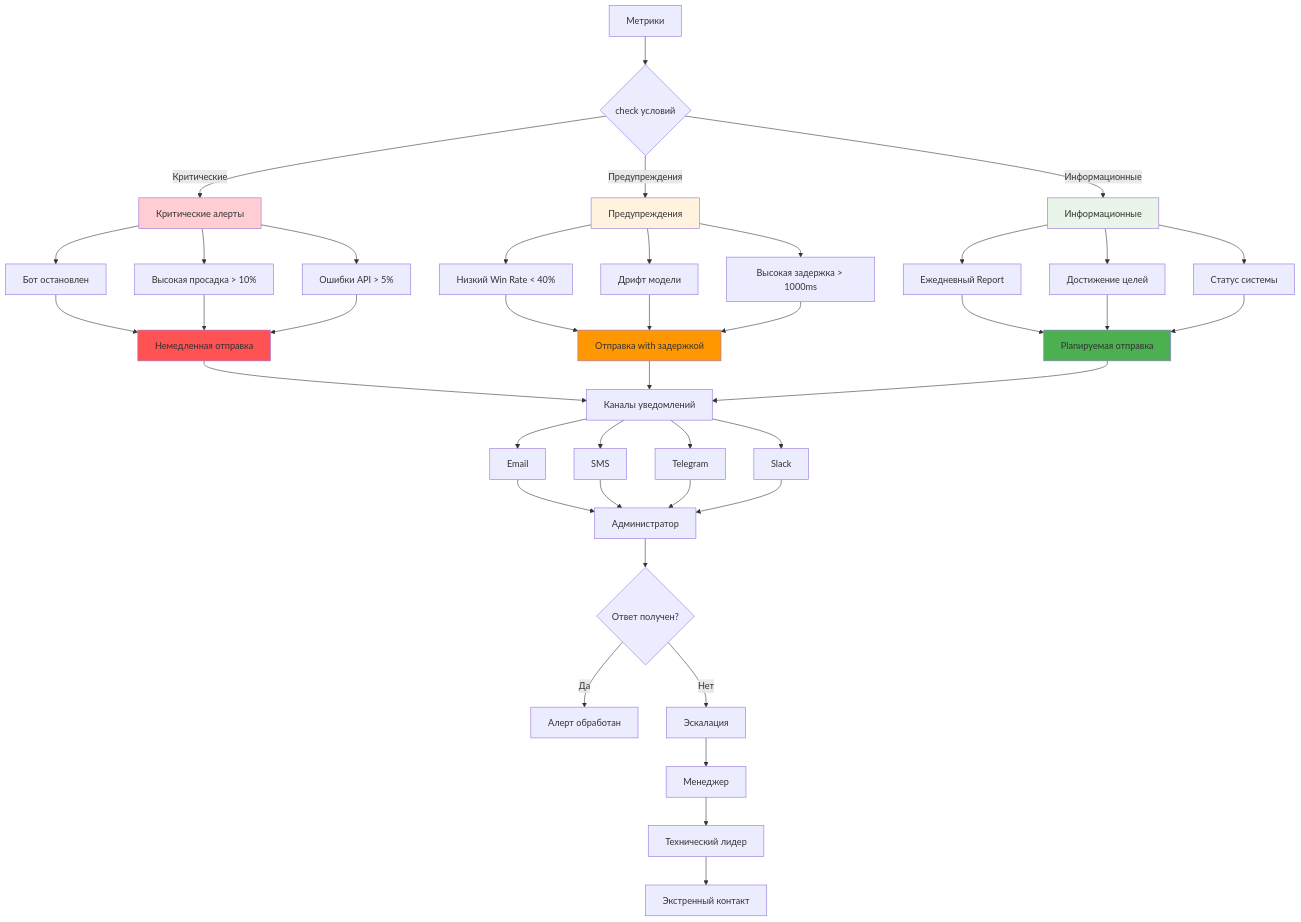
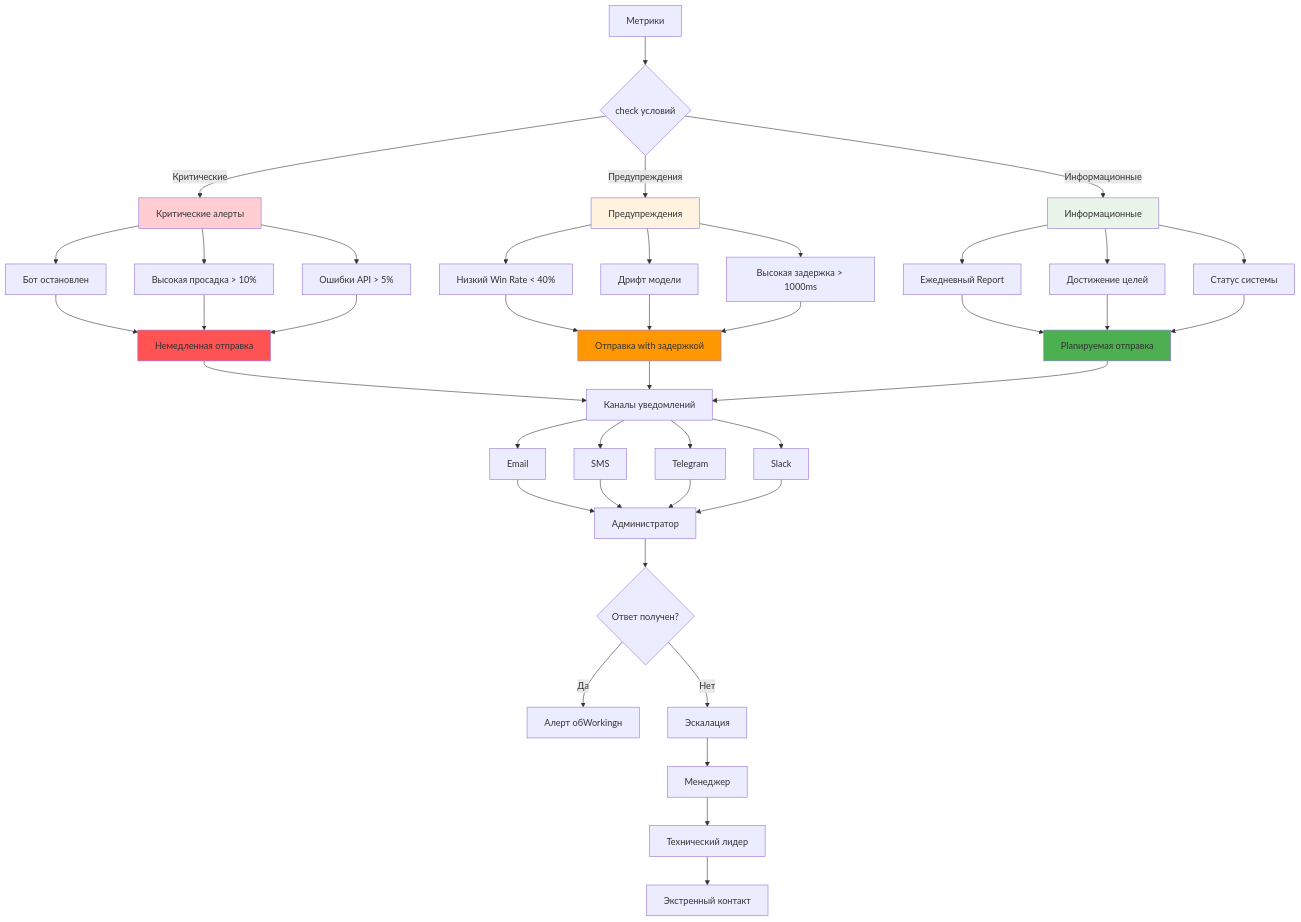
The third of 8 diagrams in docs/automl/gluon/27_trading_bot_monitoring.md (NeoZorK/neozork-hld-prediction), drawn with Mermaid before and after one commit. The commit also changed other lines of this file and 108 other files, not shown here.

````diff
--- a/docs/automl/gluon/27_trading_bot_monitoring.md
+++ b/docs/automl/gluon/27_trading_bot_monitoring.md
@@ -685,59 +685,59 @@
 ```mermaid
 graph TD
  A[Метрики] --> B{check условий}
 
  B -->|Критические| C[Критические алерты]
  B -->|Предупреждения| D[Предупреждения]
  B -->|Информационные| E[Информационные]
 
  C --> C1[Бот остановлен]
  C --> C2[Высокая просадка > 10%]
  C --> C3[Ошибки API > 5%]
 
  D --> D1[Низкий Win Rate < 40%]
  D --> D2[Дрифт модели]
  D --> D3[Высокая задержка > 1000ms]
 
  E --> E1[Ежедневный Report]
  E --> E2[Достижение целей]
  E --> E3[Статус системы]
 
  C1 --> F[Немедленная отправка]
  C2 --> F
  C3 --> F
  D1 --> G[Отправка with задержкой]
  D2 --> G
  D3 --> G
  E1 --> H[Planируемая отправка]
  E2 --> H
  E3 --> H
 
  F --> I[Каналы уведомлений]
  G --> I
  H --> I
 
  I --> J[Email]
  I --> K[SMS]
  I --> L[Telegram]
  I --> M[Slack]
 
  J --> N[Администратор]
  K --> N
  L --> N
  M --> N
 
  N --> O{Ответ получен?}
- O -->|Да| P[Алерт обработан]
+ O -->|Да| P[Алерт обWorkingн]
  O -->|Нет| Q[Эскалация]
 
  Q --> R[Менеджер]
  R --> S[Технический лидер]
  S --> T[Экстренный контакт]
 
  style C fill:#ffcdd2
  style D fill:#fff3e0
  style E fill:#e8f5e8
  style F fill:#ff5252
  style G fill:#ff9800
  style H fill:#4caf50
 ```
````
